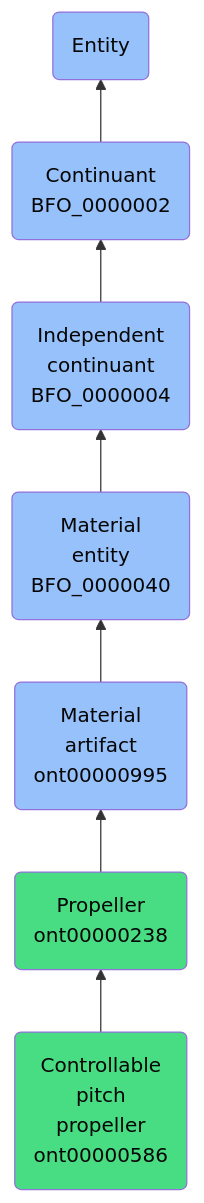
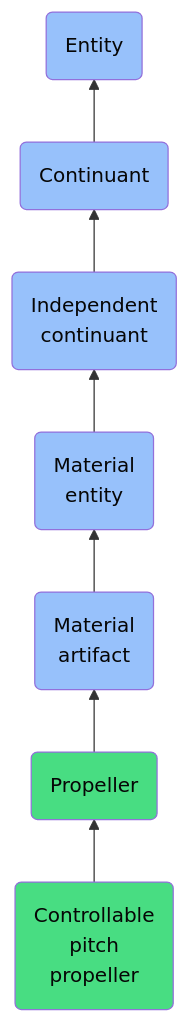
One commit to jupyter-naas/abi changed the diagram in docs/ontology/reference/model/Entity/Continuant/Independent continuant/Material entity/Material artifact/Propeller/Controllable pitch propeller/Controllable pitch propeller.md. Above: the diagram before and after it, drawn with Mermaid. The commit also changed other lines of this file and 1430 other files, not shown here.

````diff
--- a/docs/ontology/reference/model/Entity/Continuant/Independent continuant/Material entity/Material artifact/Propeller/Controllable pitch propeller/Controllable pitch propeller.md
+++ b/docs/ontology/reference/model/Entity/Continuant/Independent continuant/Material entity/Material artifact/Propeller/Controllable pitch propeller/Controllable pitch propeller.md
@@ -24,14 +24,14 @@
 ```mermaid
 graph BT
-    ont00000586(Controllable<br>pitch<br>propeller<br>ont00000586):::ABI-->ont00000238
-    ont00000238(Propeller<br>ont00000238):::ABI-->ont00000995
-    ont00000995(Material<br>artifact<br>ont00000995):::BFO-->BFO_0000040
-    BFO_0000040(Material<br>entity<br>BFO_0000040):::BFO-->BFO_0000004
-    BFO_0000004(Independent<br>continuant<br>BFO_0000004):::BFO-->BFO_0000002
-    BFO_0000002(Continuant<br>BFO_0000002):::BFO-->BFO_0000001
+    ont00000586(Controllable<br>pitch<br>propeller):::ABI-->ont00000238
+    ont00000238(Propeller):::ABI-->ont00000995
+    ont00000995(Material<br>artifact):::BFO-->BFO_0000040
+    BFO_0000040(Material<br>entity):::BFO-->BFO_0000004
+    BFO_0000004(Independent<br>continuant):::BFO-->BFO_0000002
+    BFO_0000002(Continuant):::BFO-->BFO_0000001
     BFO_0000001(Entity):::BFO
     
     classDef BFO fill:#97c1fb,color:#060606
     classDef CCO fill:#e4c51e,color:#060606
     classDef ABI fill:#48DD82,color:#060606
 ```
````
